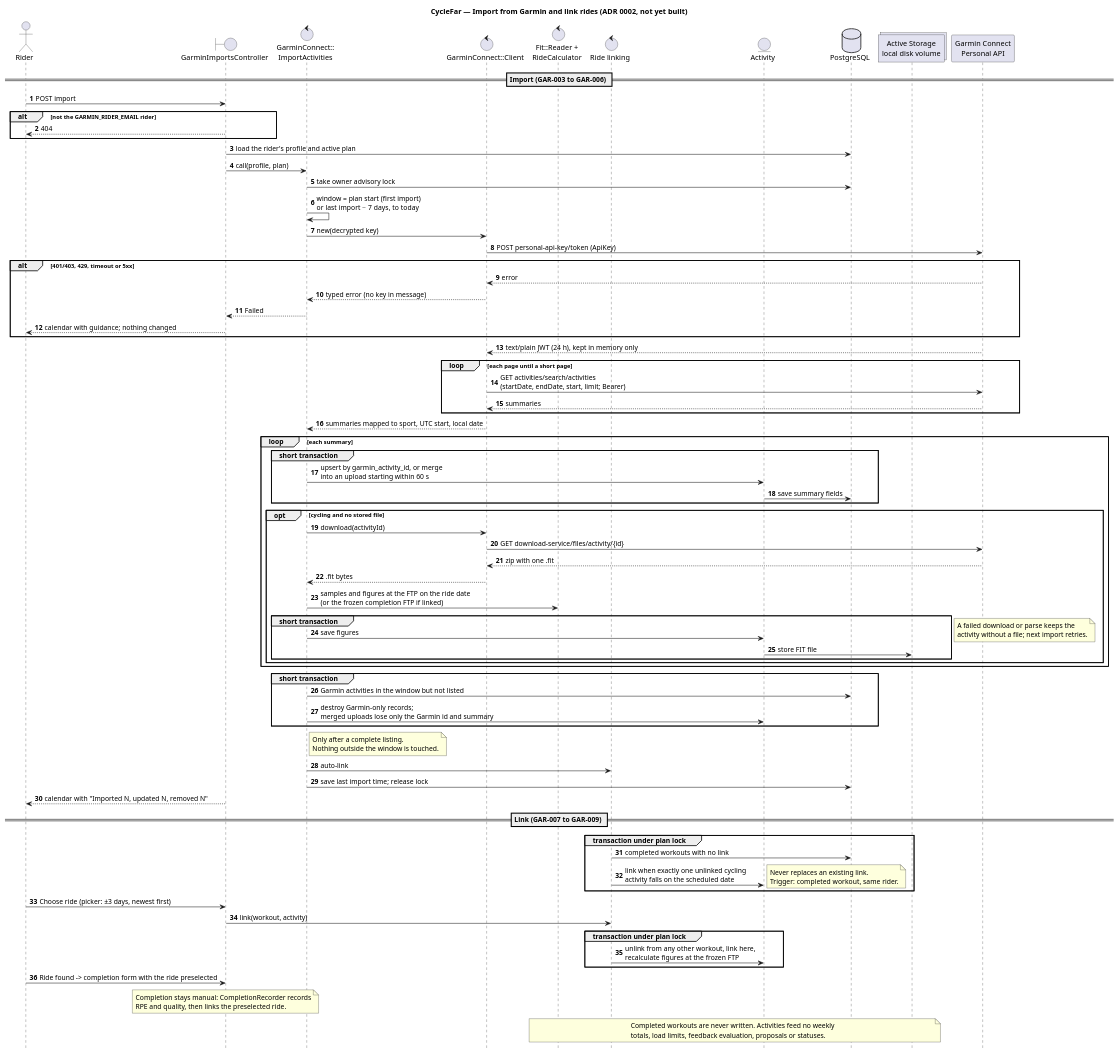
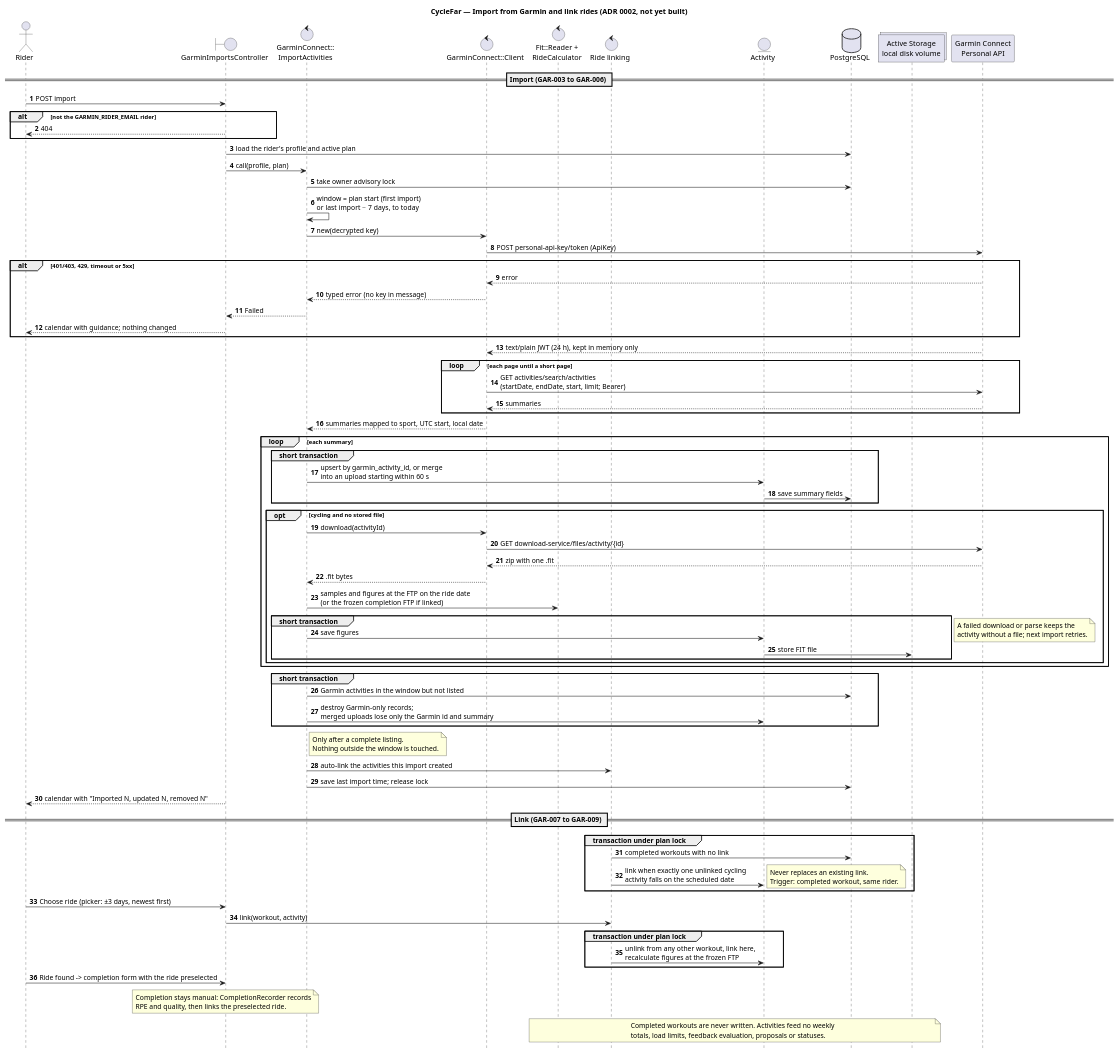
Before and after one commit to richardhartme/cyclefar: the diagram in docs/diagrams/sequence-cyclefar-garmin-import.puml, drawn with PlantUML. The commit also changed 6 other files, not shown here.

```diff
--- a/docs/diagrams/sequence-cyclefar-garmin-import.puml
+++ b/docs/diagrams/sequence-cyclefar-garmin-import.puml
@@ -1,92 +1,92 @@
 @startuml
 title CycleFar — Import from Garmin and link rides (ADR 0002, not yet built)
 
 autonumber
 hide footbox
 
 actor Rider
 boundary "GarminImportsController" as Controller
 control "GarminConnect::\nImportActivities" as Import
 control "GarminConnect::Client" as Client
 control "Fit::Reader +\nRideCalculator" as Calculator
 control "Ride linking" as Linker
 entity "Activity" as Activity
 database "PostgreSQL" as Database
 collections "Active Storage\nlocal disk volume" as Storage
 participant "Garmin Connect\nPersonal API" as Garmin
 
 == Import (GAR-003 to GAR-006) ==
 Rider -> Controller: POST import
 alt not the GARMIN_RIDER_EMAIL rider
   Controller --> Rider: 404
 end
 Controller -> Database: load the rider's profile and active plan
 Controller -> Import: call(profile, plan)
 Import -> Database: take owner advisory lock
 Import -> Import: window = plan start (first import)\nor last import − 7 days, to today
 Import -> Client: new(decrypted key)
 Client -> Garmin: POST personal-api-key/token (ApiKey)
 alt 401/403, 429, timeout or 5xx
   Garmin --> Client: error
   Client --> Import: typed error (no key in message)
   Import --> Controller: Failed
   Controller --> Rider: calendar with guidance; nothing changed
 end
 Garmin --> Client: text/plain JWT (24 h), kept in memory only
 loop each page until a short page
   Client -> Garmin: GET activities/search/activities\n(startDate, endDate, start, limit; Bearer)
   Garmin --> Client: summaries
 end
 Client --> Import: summaries mapped to sport, UTC start, local date
 loop each summary
   group short transaction
     Import -> Activity: upsert by garmin_activity_id, or merge\ninto an upload starting within 60 s
     Activity -> Database: save summary fields
   end
   opt cycling and no stored file
     Import -> Client: download(activityId)
     Client -> Garmin: GET download-service/files/activity/{id}
     Garmin --> Client: zip with one .fit
     Client --> Import: .fit bytes
     Import -> Calculator: samples and figures at the FTP on the ride date\n(or the frozen completion FTP if linked)
     group short transaction
       Import -> Activity: save figures
       Activity -> Storage: store FIT file
     end
     note right: A failed download or parse keeps the\nactivity without a file; next import retries.
   end
 end
 group short transaction
   Import -> Database: Garmin activities in the window but not listed
   Import -> Activity: destroy Garmin-only records;\nmerged uploads lose only the Garmin id and summary
 end
 note right of Import
   Only after a complete listing.
   Nothing outside the window is touched.
 end note
-Import -> Linker: auto-link
+Import -> Linker: auto-link the activities this import created
 Import -> Database: save last import time; release lock
 Controller --> Rider: calendar with "Imported N, updated N, removed N"
 
 == Link (GAR-007 to GAR-009) ==
 group transaction under plan lock
   Linker -> Database: completed workouts with no link
   Linker -> Activity: link when exactly one unlinked cycling\nactivity falls on the scheduled date
   note right: Never replaces an existing link.\nTrigger: completed workout, same rider.
 end
 Rider -> Controller: Choose ride (picker: ±3 days, newest first)
 Controller -> Linker: link(workout, activity)
 group transaction under plan lock
   Linker -> Activity: unlink from any other workout, link here,\nrecalculate figures at the frozen FTP
 end
 Rider -> Controller: Ride found -> completion form with the ride preselected
 note over Controller
   Completion stays manual: CompletionRecorder records
   RPE and quality, then links the preselected ride.
 end note
 
 note over Calculator, Storage
   Completed workouts are never written. Activities feed no weekly
   totals, load limits, feedback evaluation, proposals or statuses.
 end note
 @enduml
```
